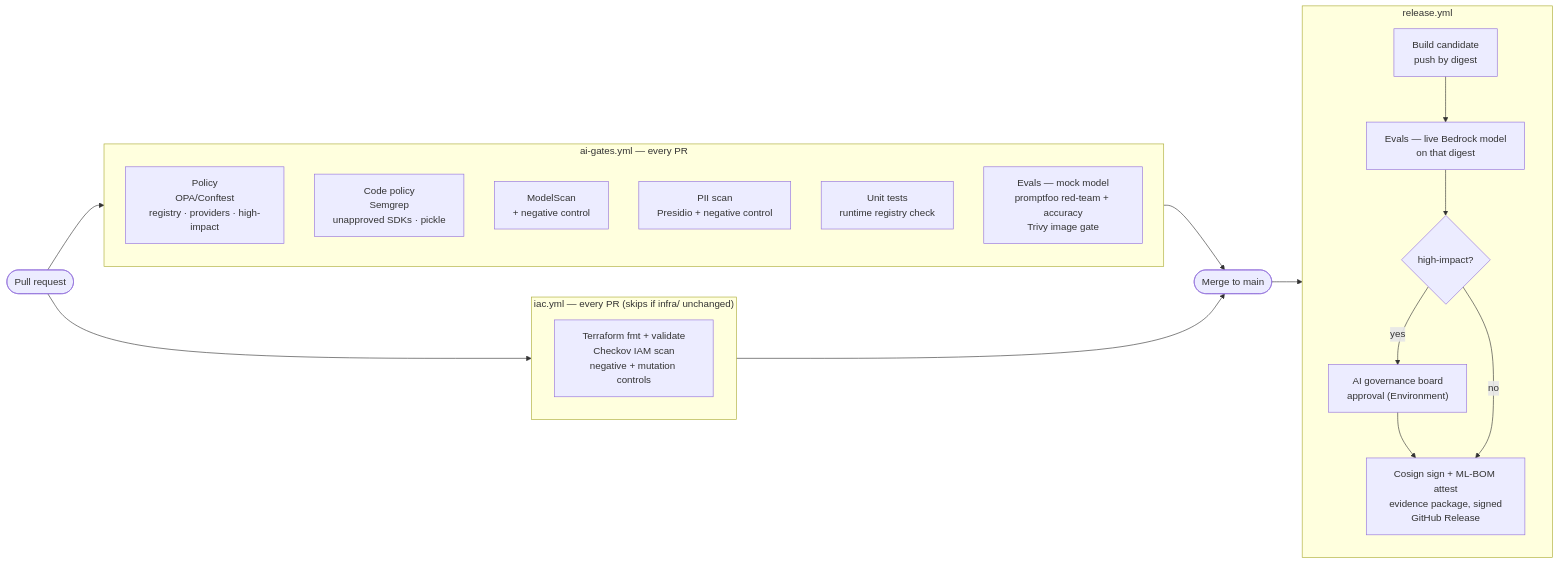
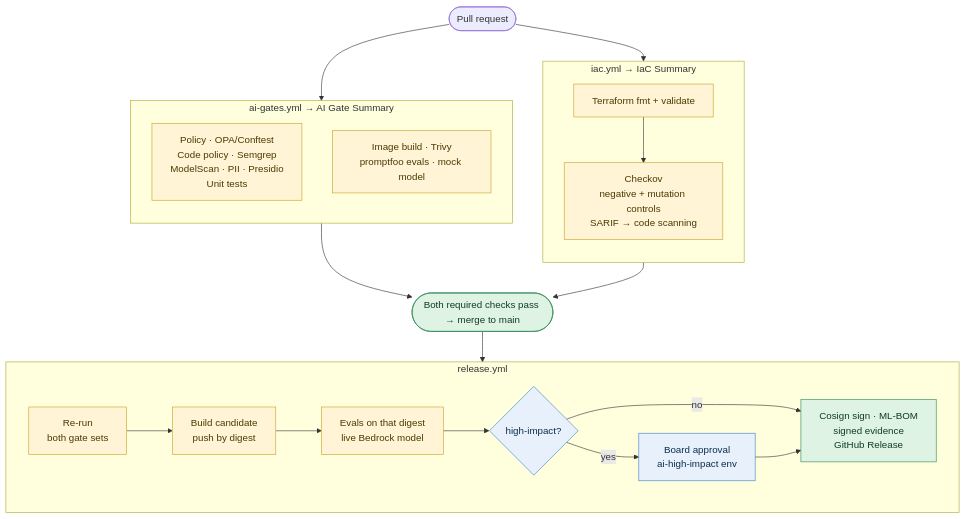
The second of 2 diagrams in README.md (adegbolaA/ai-assurance-pipeline), drawn with Mermaid before and after one commit. The commit also changed other lines of this file, not shown here.

````diff
--- a/README.md
+++ b/README.md
@@ -11,36 +142,39 @@
 ```mermaid
-flowchart LR
-    PR([Pull request]) --> G
-    PR --> I
+flowchart TB
+    PR(["Pull request"])
 
-    subgraph G["ai-gates.yml — every PR"]
+    subgraph AIG["ai-gates.yml → AI Gate Summary"]
         direction TB
-        P["Policy<br/>OPA/Conftest<br/>registry · providers · high-impact"]
-        S["Code policy<br/>Semgrep<br/>unapproved SDKs · pickle"]
-        M["ModelScan<br/>+ negative control"]
-        D["PII scan<br/>Presidio + negative control"]
-        U["Unit tests<br/>runtime registry check"]
-        E["Evals — mock model<br/>promptfoo red-team + accuracy<br/>Trivy image gate"]
+        G1["Policy · OPA/Conftest<br/>Code policy · Semgrep<br/>ModelScan · PII · Presidio<br/>Unit tests"]
+        G2["Image build · Trivy<br/>promptfoo evals · mock model"]
     end
 
-    subgraph I["iac.yml — every PR (skips if infra/ unchanged)"]
-        T["Terraform fmt + validate<br/>Checkov IAM scan<br/>negative + mutation controls"]
+    subgraph IAC["iac.yml → IaC Summary"]
+        direction TB
+        T["Terraform fmt + validate"] --> K["Checkov<br/>negative + mutation controls<br/>SARIF → code scanning"]
     end
 
-    G --> MERGE([Merge to main])
-    I --> MERGE
+    PR --> AIG
+    PR --> IAC
+    AIG --> MERGE(["Both required checks pass → merge to main"])
+    IAC --> MERGE
 
-    subgraph R["release.yml"]
-        direction TB
-        C["Build candidate<br/>push by digest"]
-        L["Evals — live Bedrock model<br/>on that digest"]
-        A{"high-impact?"}
-        H["AI governance board<br/>approval (Environment)"]
-        PUB["Cosign sign + ML-BOM attest<br/>evidence package, signed<br/>GitHub Release"]
-        C --> L --> A
-        A -- yes --> H --> PUB
+    subgraph REL["release.yml"]
+        direction LR
+        RG["Re-run<br/>both gate sets"] --> C["Build candidate<br/>push by digest"]
+        C --> L["Evals on that digest<br/>live Bedrock model"]
+        L --> A{"high-impact?"}
+        A -- yes --> H["Board approval<br/>ai-high-impact env"]
         A -- no --> PUB
+        H --> PUB["Cosign sign · ML-BOM<br/>signed evidence<br/>GitHub Release"]
     end
 
-    MERGE --> C
+    MERGE --> RG
+
+    classDef gate fill:#fff4d6,stroke:#c9a227,color:#4a3a00
+    classDef ok fill:#dff3e4,stroke:#2e8b57,color:#0f3d22
+    classDef human fill:#e8f1fb,stroke:#3b82c4,color:#0b2e4f
+    class G1,G2,T,K,RG,C,L gate
+    class MERGE,PUB ok
+    class A,H human
 ```
````
